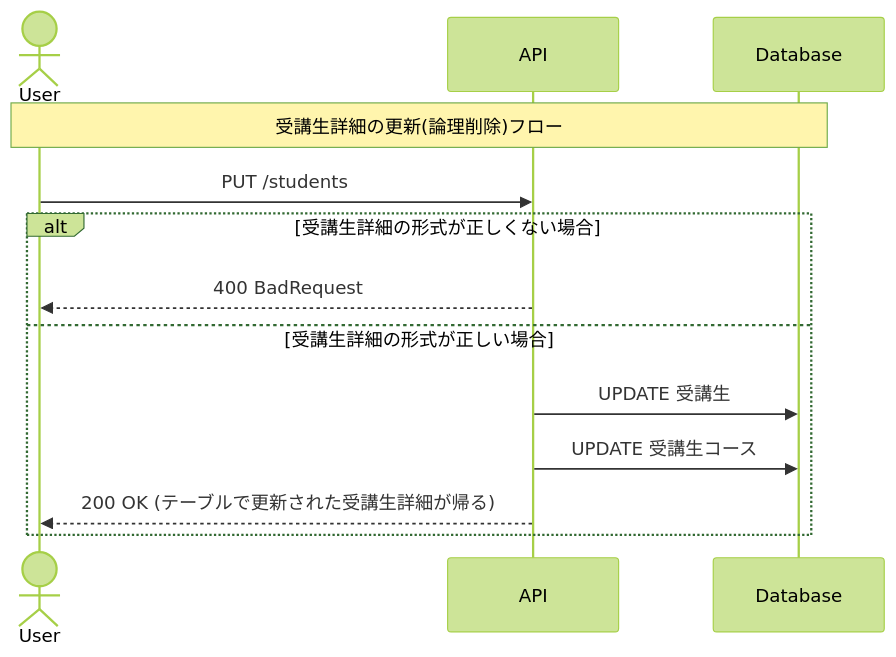
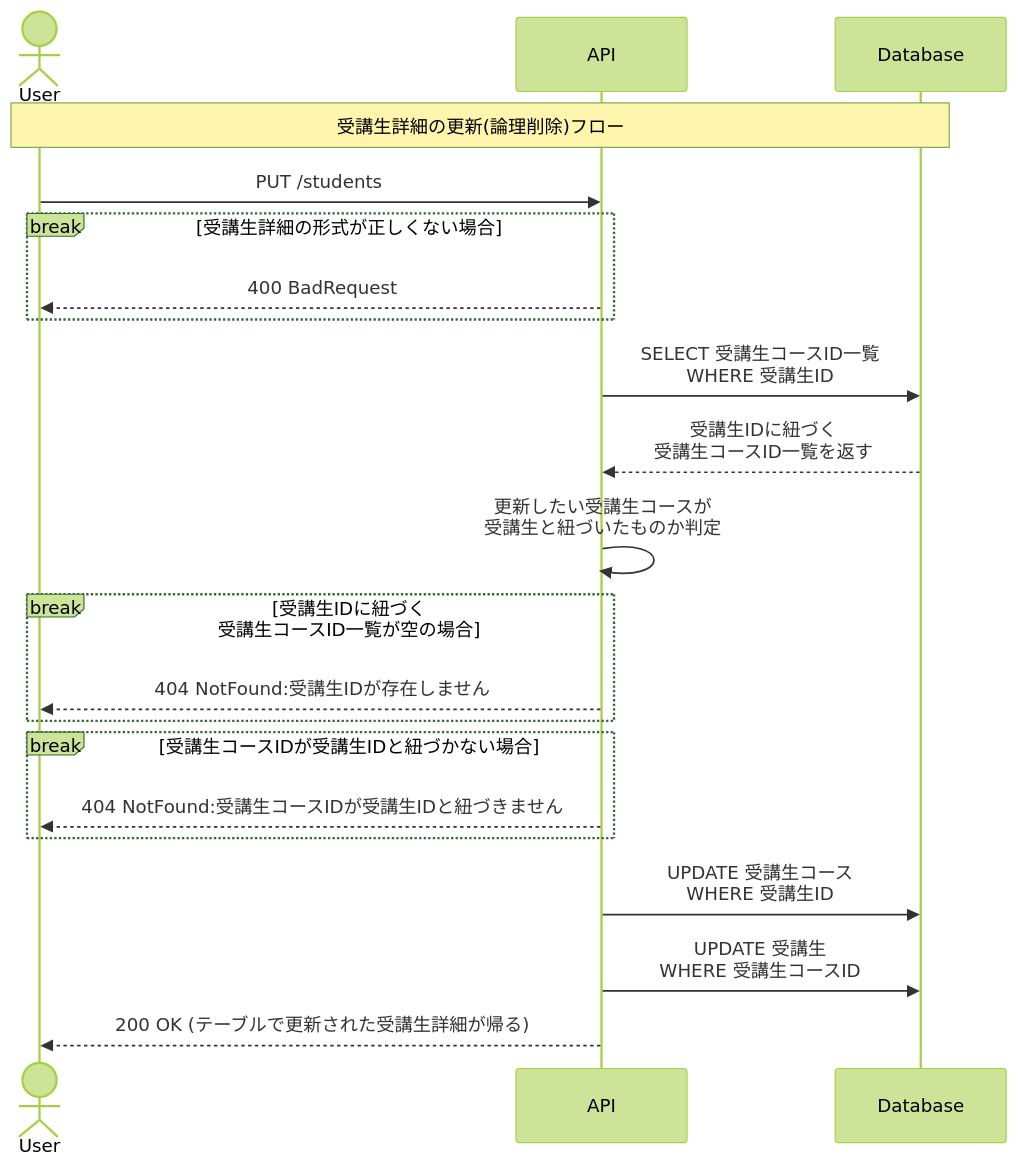
The fourth of 7 diagrams in README.md (saway261/StudentManagement), drawn with Mermaid (forest theme) before and after one commit. The commit also changed other lines of this file, not shown here.

Commit message:
docs: README修正(受講生単一検索と受講生更新のシーケンス図を修正、ER図に外部キーについてのコメント追加)

````diff
--- a/README.md
+++ b/README.md
@@ -128,15 +122,23 @@
 ```mermaid
 sequenceDiagram
     actor User
     participant API as API
     participant DB as Database
     Note over User, DB: 受講生詳細の更新(論理削除)フロー
     User ->> API: PUT /students
-    alt 受講生詳細の形式が正しくない場合
+    break 受講生詳細の形式が正しくない場合
         API -->> User: 400 BadRequest
-    else 受講生詳細の形式が正しい場合
-        API ->> DB: UPDATE 受講生
-        API ->> DB: UPDATE 受講生コース
-        API -->> User: 200 OK (テーブルで更新された受講生詳細が帰る)
     end
+    API ->> DB: SELECT 受講生コースID一覧<br>WHERE 受講生ID
+    DB -->> API:受講生IDに紐づく<br>受講生コースID一覧を返す
+    API ->> API: 更新したい受講生コースが<br>受講生と紐づいたものか判定
+    break 受講生IDに紐づく<br>受講生コースID一覧が空の場合
+        API -->> User: 404 NotFound:受講生IDが存在しません
+    end
+    break 受講生コースIDが受講生IDと紐づかない場合 
+        API -->> User: 404 NotFound:受講生コースIDが受講生IDと紐づきません
+    end
+    API ->> DB: UPDATE 受講生コース<br>WHERE 受講生ID
+    API ->> DB: UPDATE 受講生<br>WHERE 受講生コースID
+    API -->> User: 200 OK (テーブルで更新された受講生詳細が帰る)
 ```
````
